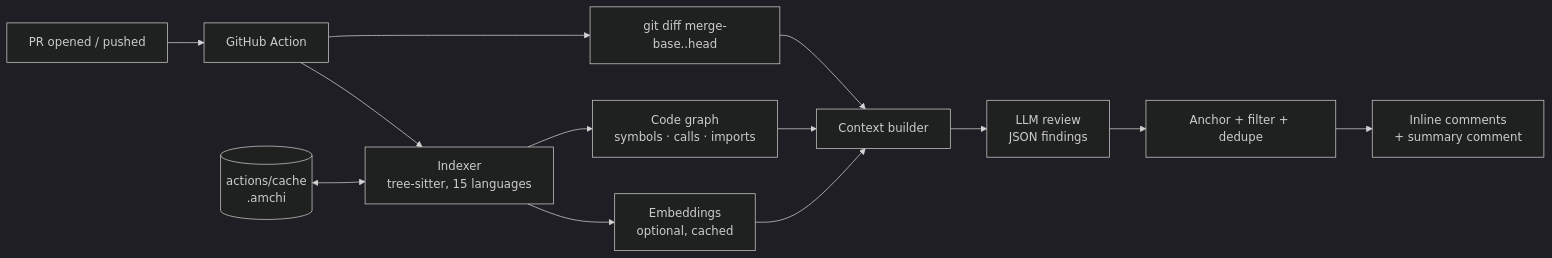
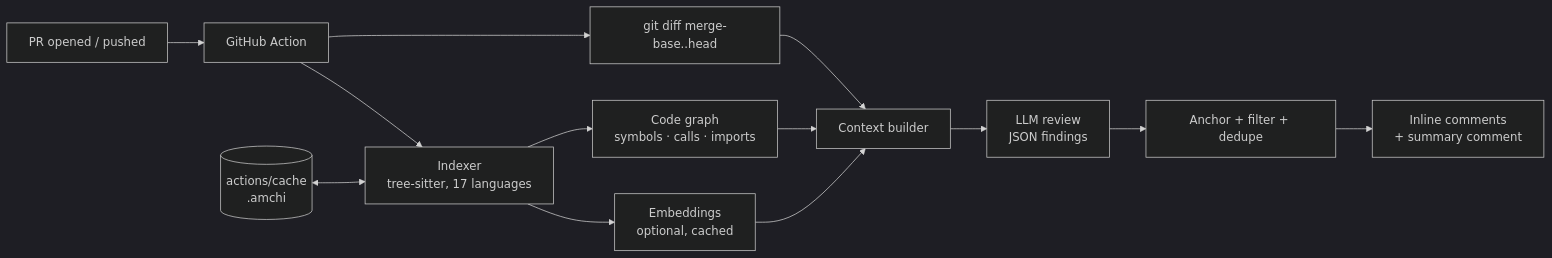
Before and after one commit to TenzDelek/Amchi: the diagram in README.md, drawn with Mermaid (dark theme). The commit also changed other lines of this file and 22 other files, not shown here.

````diff
--- a/README.md
+++ b/README.md
@@ -23,15 +23,15 @@
 ```mermaid
 flowchart LR
   PR[PR opened / pushed] --> A[GitHub Action]
-  A --> I[Indexer<br/>tree-sitter, 15 languages]
+  A --> I[Indexer<br/>tree-sitter, 17 languages]
   C[(actions/cache<br/>.amchi)] <--> I
   I --> G[Code graph<br/>symbols · calls · imports]
   I --> E[Embeddings<br/>optional, cached]
   A --> D[git diff merge-base..head]
   D --> R[Context builder]
   G --> R
   E --> R
   R --> L[LLM review<br/>JSON findings]
   L --> V[Anchor + filter + dedupe]
   V --> GH[Inline comments<br/>+ summary comment]
 ```
````
